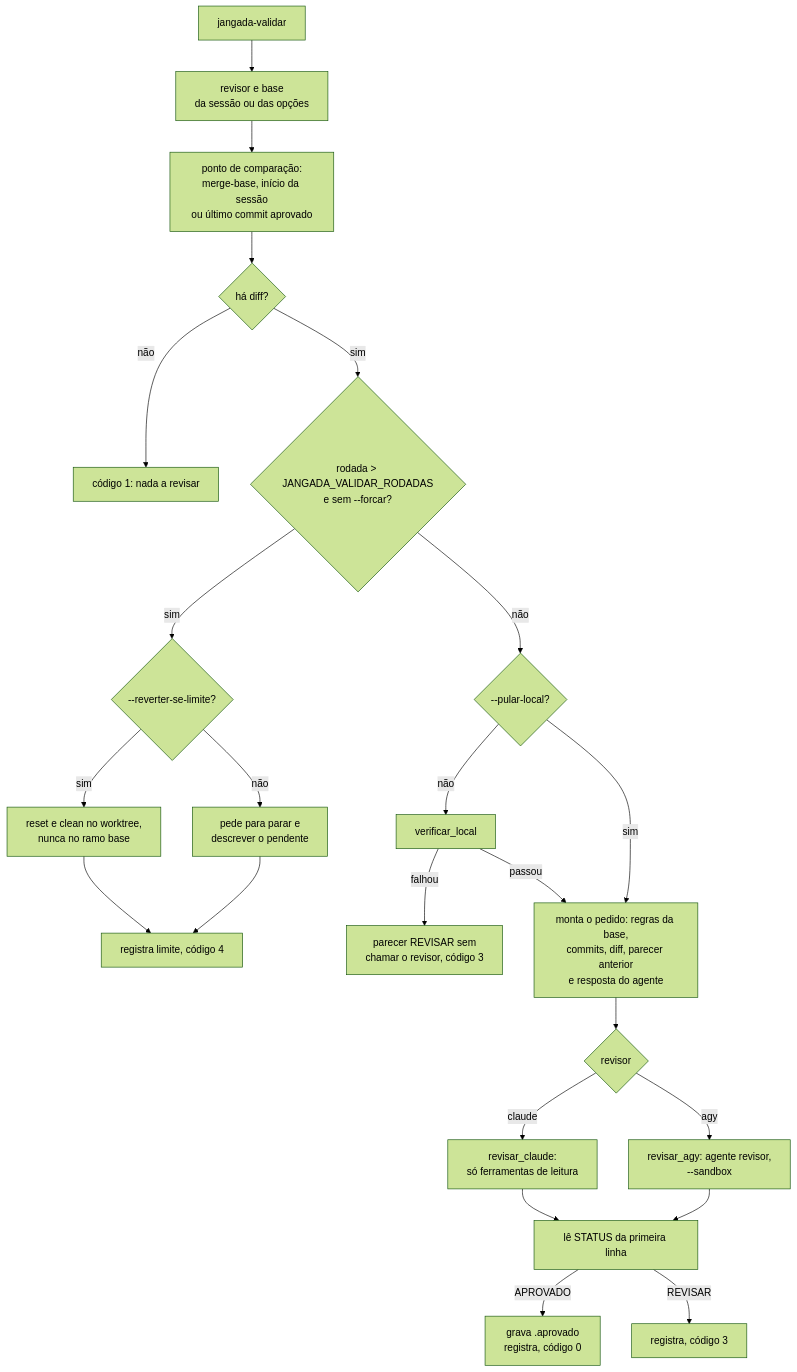
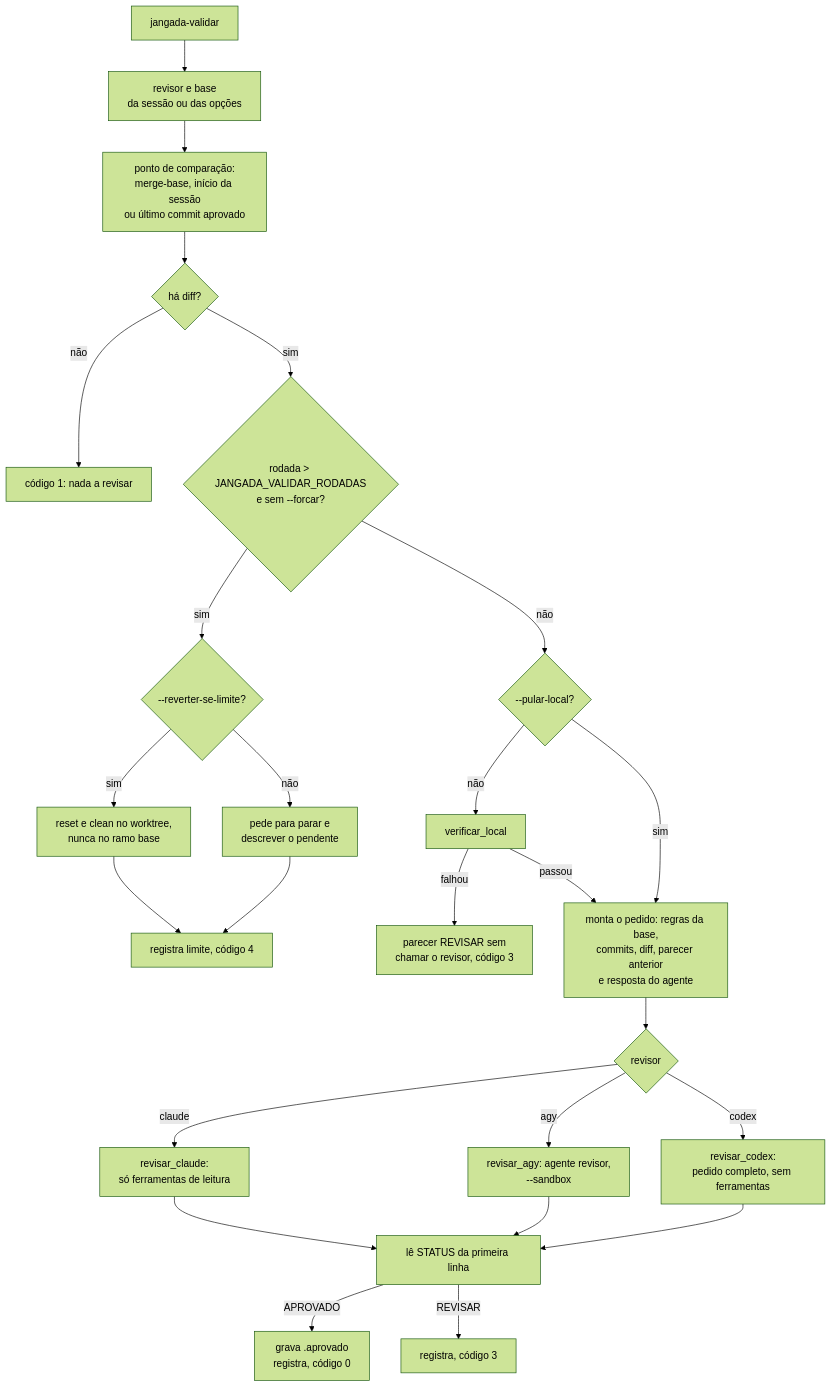
Before and after one commit to felipintoslv/jangada: the third of 4 diagrams in docs/ciclo-da-tarefa.md, drawn with Mermaid (forest theme). The commit also changed other lines of this file and 5 other files, not shown here.

````diff
--- a/docs/ciclo-da-tarefa.md
+++ b/docs/ciclo-da-tarefa.md
@@ -64,25 +66,27 @@
 ```mermaid
 flowchart TD
     A[jangada-validar] --> B[revisor e base<br>da sessão ou das opções]
     B --> C[ponto de comparação:<br>merge-base, início da sessão<br>ou último commit aprovado]
     C --> D{há diff?}
     D -- não --> X1[código 1: nada a revisar]
     D -- sim --> E{rodada > JANGADA_VALIDAR_RODADAS<br>e sem --forcar?}
     E -- sim --> R{--reverter-se-limite?}
     R -- sim --> R1[reset e clean no worktree,<br>nunca no ramo base]
     R -- não --> R2[pede para parar e<br>descrever o pendente]
     R1 --> X4[registra limite, código 4]
     R2 --> X4
     E -- não --> F{--pular-local?}
     F -- não --> G[verificar_local]
     G -- falhou --> X3[parecer REVISAR sem<br>chamar o revisor, código 3]
     G -- passou --> H
     F -- sim --> H[monta o pedido: regras da base,<br>commits, diff, parecer anterior<br>e resposta do agente]
     H --> I{revisor}
     I -- claude --> J[revisar_claude:<br>só ferramentas de leitura]
     I -- agy --> K[revisar_agy: agente revisor,<br>--sandbox]
+    I -- codex --> O[revisar_codex:<br>pedido completo, sem ferramentas]
     J --> L[lê STATUS da primeira linha]
     K --> L
+    O --> L
     L -- APROVADO --> M[grava .aprovado<br>registra, código 0]
     L -- REVISAR --> N[registra, código 3]
 ```
````
